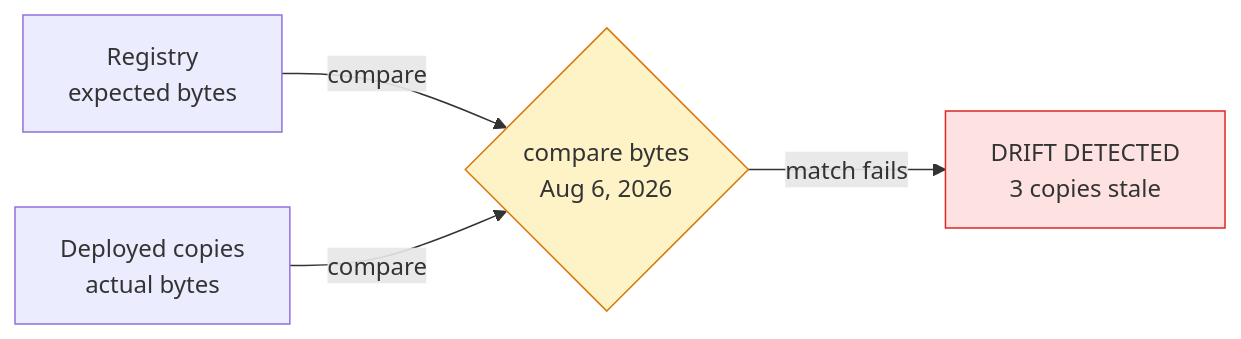
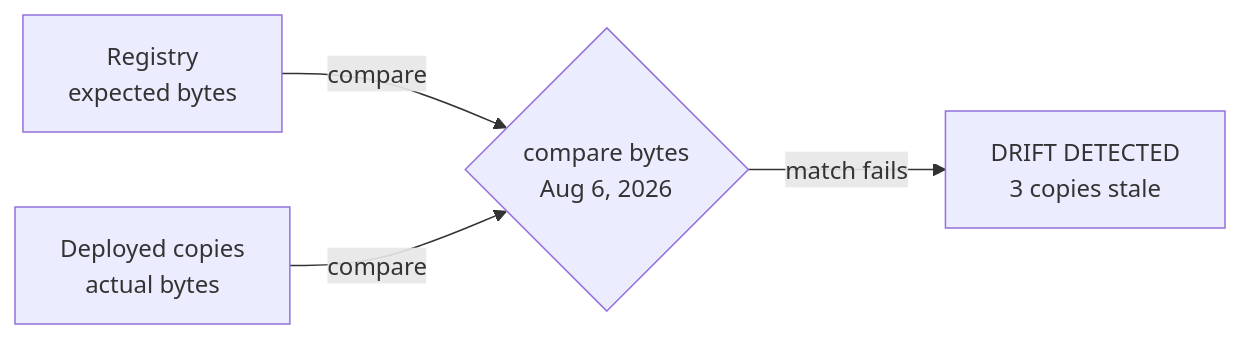
One commit to miethe/signal_to_system changed the second of 3 diagrams in docs/design/imagery/essay-storyboards-v1/the-registry-wave-agentic-artifact-supply-chain.md. Above: the diagram before and after it, drawn with Mermaid. The commit also changed other lines of this file and 10 other files, not shown here.

````diff
--- a/docs/design/imagery/essay-storyboards-v1/the-registry-wave-agentic-artifact-supply-chain.md
+++ b/docs/design/imagery/essay-storyboards-v1/the-registry-wave-agentic-artifact-supply-chain.md
@@ -216,8 +202,6 @@
 ```mermaid
 flowchart LR
   R[Registry\nexpected bytes] -->|compare| C{compare bytes\nAug 6, 2026}
   D[Deployed copies\nactual bytes] -->|compare| C
   C -->|match fails| OUT[DRIFT DETECTED\n3 copies stale]
-  style OUT fill:#fee2e2,stroke:#dc2626
-  style C fill:#fef3c7,stroke:#d97706
 ```
````
